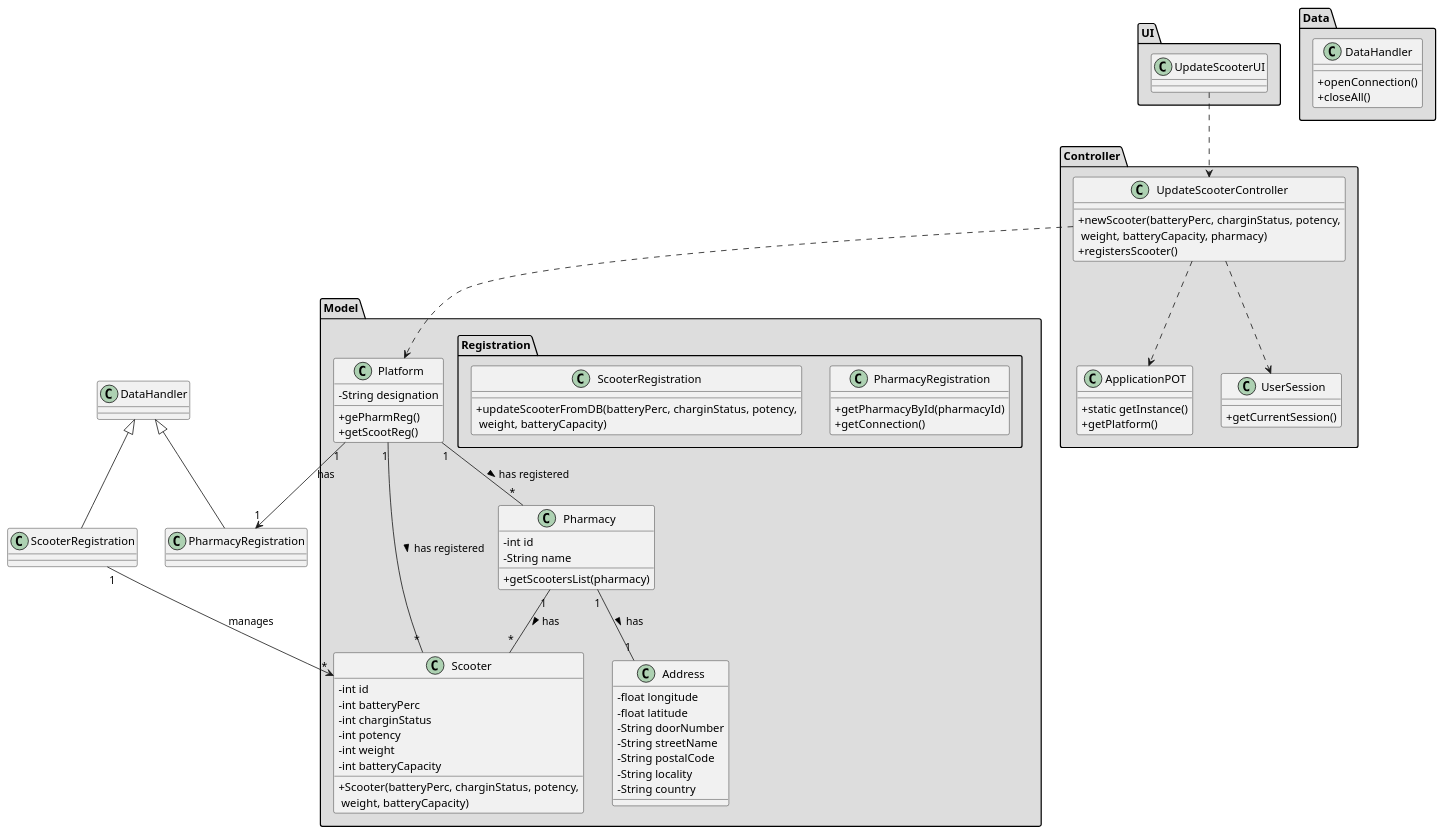
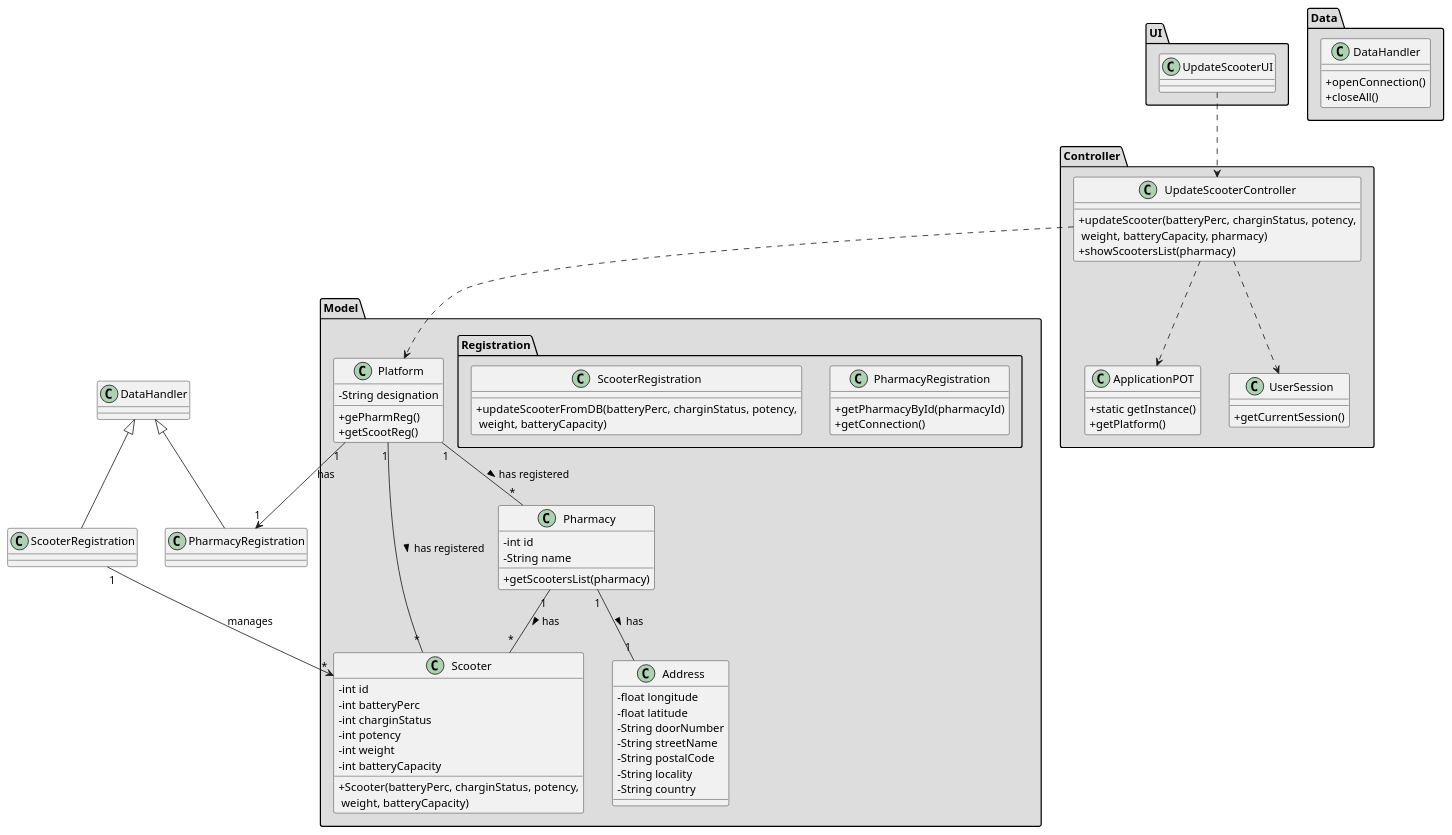
One commit to tiagoavcosta25/LAPR3 changed the diagram in docs/Iteration 1/Scooter Management/US32_UpdateScooter/US32_CD.puml. Above: the diagram before and after it, drawn with PlantUML. The commit also changed 3 other files, not shown here.

```diff
--- a/docs/Iteration 1/Scooter Management/US32_UpdateScooter/US32_CD.puml
+++ b/docs/Iteration 1/Scooter Management/US32_UpdateScooter/US32_CD.puml
@@ -1,101 +1,101 @@
 @startuml
 skinparam classAttributeIconSize 0
 
 package "UI" #DDDDDD {
 class UpdateScooterUI{
 
 }
 }
 
 
 package "Controller" #DDDDDD {
 class UpdateScooterController{
-+newScooter(batteryPerc, charginStatus, potency,\n weight, batteryCapacity, pharmacy)
-+registersScooter()
++updateScooter(batteryPerc, charginStatus, potency,\n weight, batteryCapacity, pharmacy)
++showScootersList(pharmacy)
 }
 
 class ApplicationPOT
 {
   +static getInstance()
   +getPlatform()
 }
 
 class UserSession
 {
   +getCurrentSession()
 }
 }
 
 
 package "Model" #DDDDDD {
 class Platform {
   -String designation
   +gePharmReg()
   +getScootReg()
 }
 package "Registration" #DDDDDD {
  class PharmacyRegistration{
      +getPharmacyById(pharmacyId)
      +getConnection()
  }
 
  class ScooterRegistration{
       +updateScooterFromDB(batteryPerc, charginStatus, potency,\n weight, batteryCapacity)
   }
  }
 }
 
 package "Model" #DDDDDD {
 class Scooter{
   -int id
   -int batteryPerc
   -int charginStatus
   -int potency
   -int weight
   -int batteryCapacity
   +Scooter(batteryPerc, charginStatus, potency,\n weight, batteryCapacity)
 }
 
 class Address{
   -float longitude
   -float latitude
   -String doorNumber
   -String streetName
   -String postalCode
   -String locality
   -String country
 }
 
 class Pharmacy {
   -int id
   -String name
   +getScootersList(pharmacy)
 }
 
 }
 
 
 package "Data" #DDDDDD {
 class DataHandler{
     +openConnection()
     +closeAll()
 }
 }
 
 class PharmacyRegistration extends DataHandler
 class ScooterRegistration extends DataHandler
 
 UpdateScooterUI ..> UpdateScooterController
 UpdateScooterController ..> Platform
 UpdateScooterController ..> ApplicationPOT
 UpdateScooterController ..> UserSession
 Platform "1" --> "1" PharmacyRegistration : has
 ScooterRegistration "1" --> "*" Scooter : manages
 
 Platform "1" -- "*" Pharmacy : has registered >
 Platform "1" -- "*" Scooter : has registered >
 
 Pharmacy "1" -- "*" Scooter : has >
 Pharmacy "1" -- "1" Address : has >
 
 @enduml
```
